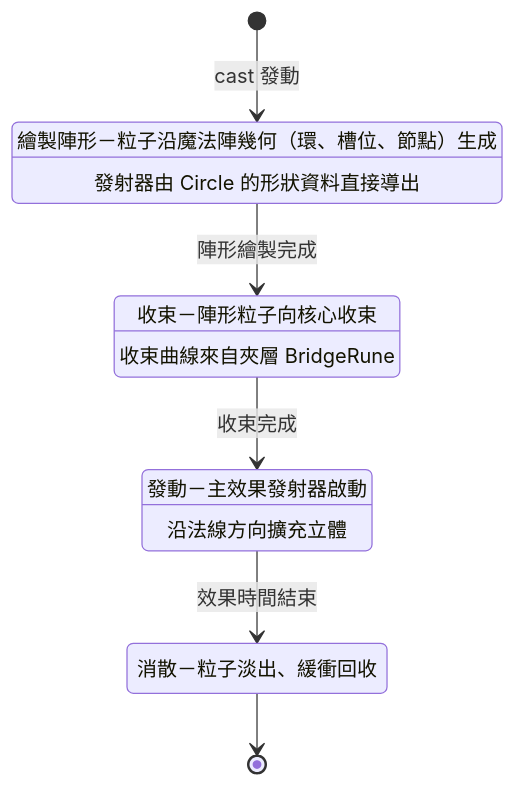
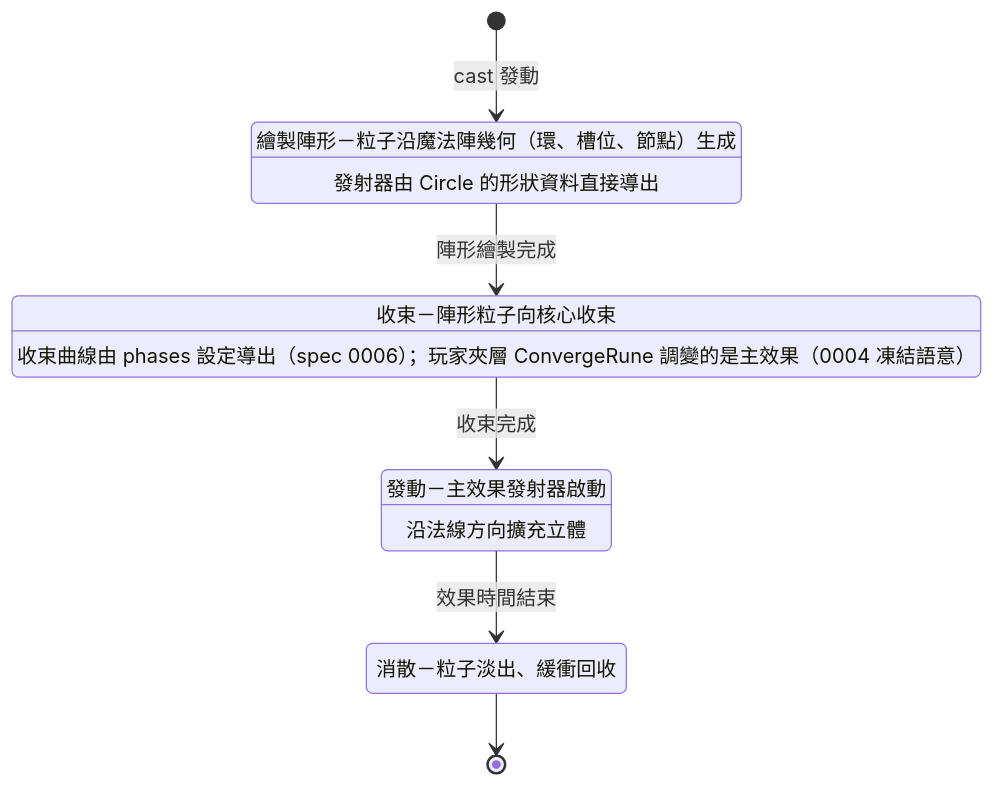
The fourth of 4 diagrams in docs/architecture.md (utomore/particle-magic-system), drawn with Mermaid before and after one commit. The commit also changed other lines of this file and 4 other files, not shown here.

First line of the commit message:
Add func-spec 0006 (lifecycle & formation) + ADR-0009 + architecture doc-debt

````diff
--- a/docs/architecture.md
+++ b/docs/architecture.md
@@ -129,16 +129,16 @@
 ```mermaid
 stateDiagram-v2
     [*] --> Drawing : cast 發動
     Drawing --> Converging : 陣形繪製完成
     Converging --> Casting : 收束完成
     Casting --> Dissipating : 效果時間結束
     Dissipating --> [*]
 
     Drawing : 繪製陣形－粒子沿魔法陣幾何（環、槽位、節點）生成
     Drawing : 發射器由 Circle 的形狀資料直接導出
     Converging : 收束－陣形粒子向核心收束
-    Converging : 收束曲線來自夾層 BridgeRune
+    Converging : 收束曲線由 phases 設定導出（spec 0006）；玩家夾層 ConvergeRune 調變的是主效果（0004 凍結語意）
     Casting : 發動－主效果發射器啟動
     Casting : 沿法線方向擴充立體
     Dissipating : 消散－粒子淡出、緩衝回收
 ```
````
